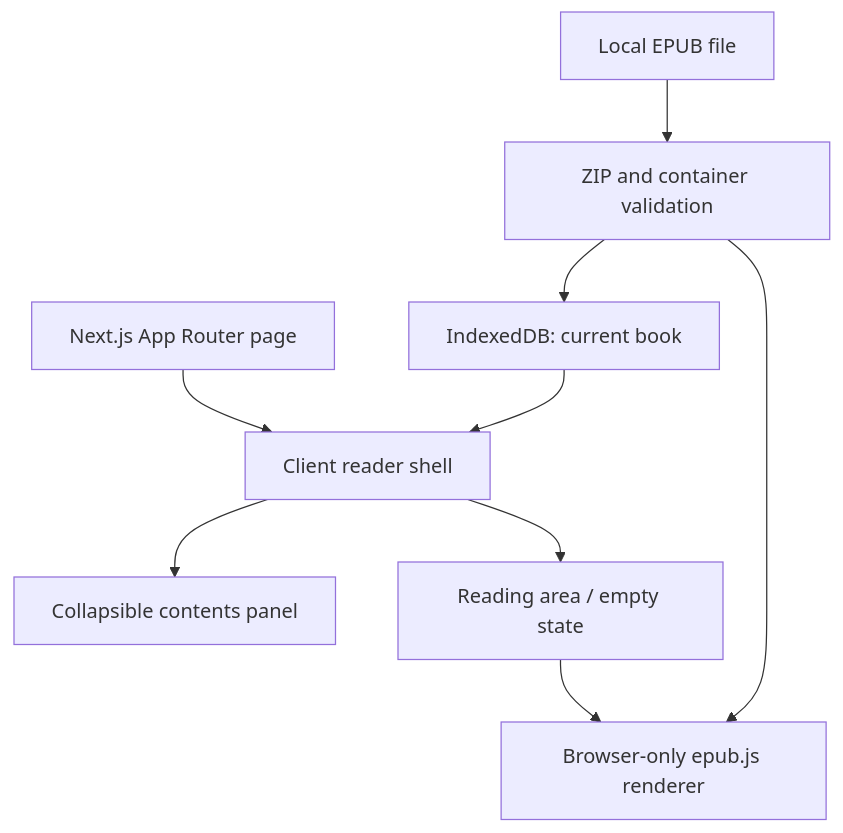
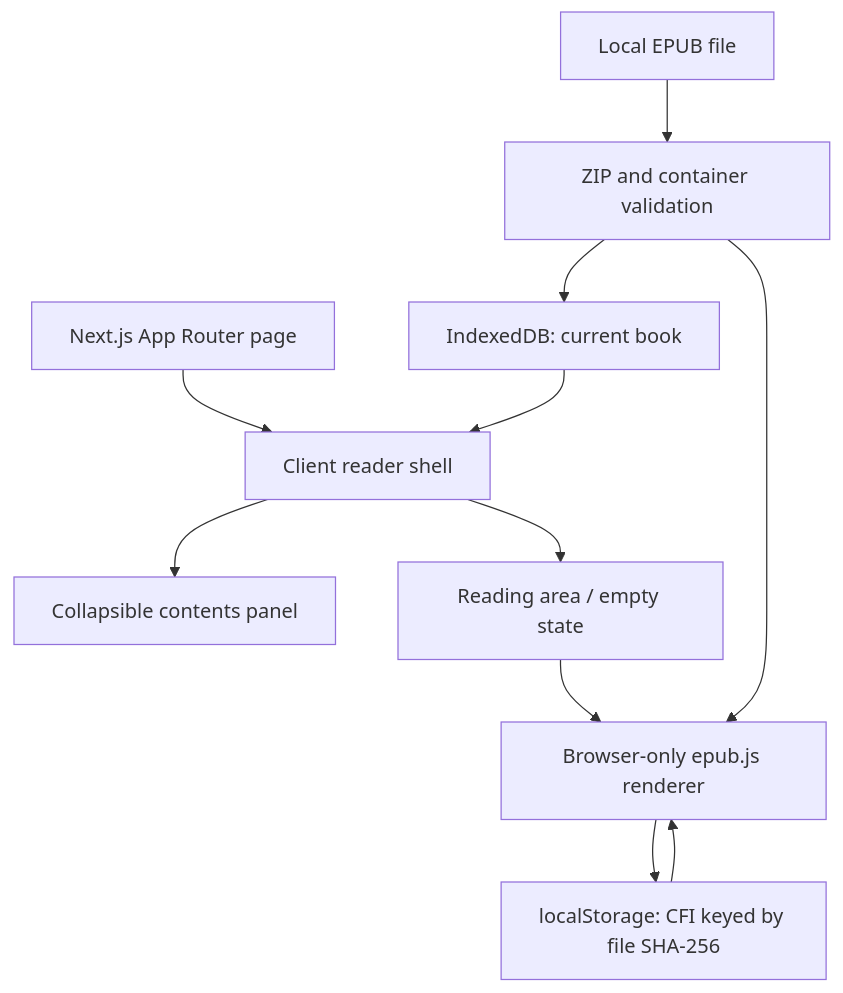
The diagram in README.md (chenkai23/Pinnacle_Demo), drawn with Mermaid before and after one commit. The commit also changed other lines of this file and 4 other files, not shown here.

Commit message:
feat: save and restore per-book EPUB reading position

````diff
--- a/README.md
+++ b/README.md
@@ -27,11 +27,13 @@
 ```mermaid
 flowchart TD
     Page[Next.js App Router page] --> Shell[Client reader shell]
     Shell --> Contents[Collapsible contents panel]
     Shell --> Area[Reading area / empty state]
     Area --> Epub[Browser-only epub.js renderer]
     File[Local EPUB file] --> Validation[ZIP and container validation]
     Validation --> Epub
     Validation --> Storage[IndexedDB: current book]
     Storage --> Shell
+    Epub --> Position[localStorage: CFI keyed by file SHA-256]
+    Position --> Epub
 ```
````
